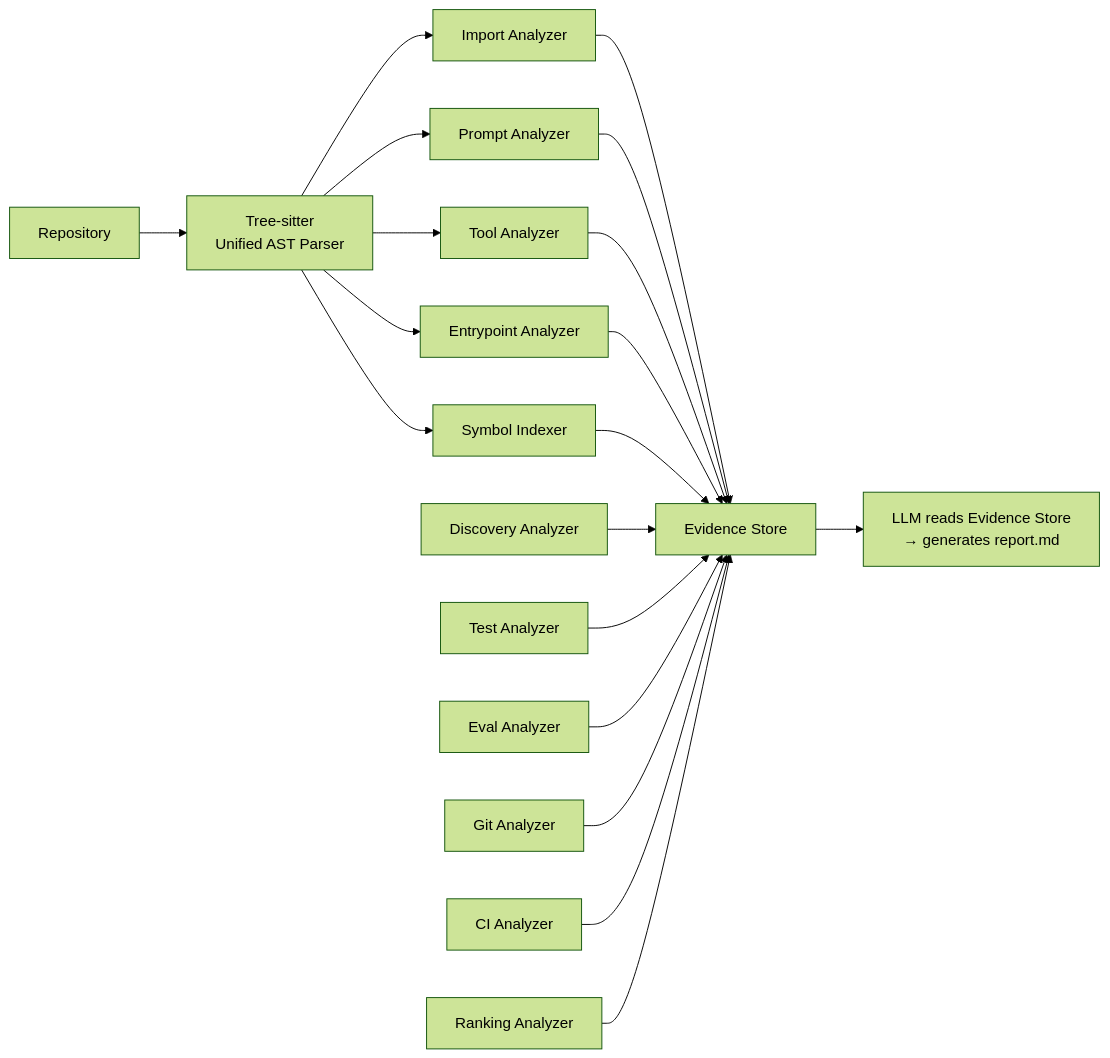
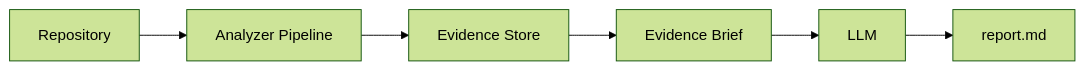
The first of 3 diagrams in .trae/skills/research-repo/SKILL.md (devweekly/devweekly.github.io), drawn with Mermaid (forest theme) before and after one commit. The commit also changed other lines of this file, not shown here.

````diff
--- a/.trae/skills/research-repo/SKILL.md
+++ b/.trae/skills/research-repo/SKILL.md
@@ -611,24 +226,8 @@
 ```mermaid
 flowchart LR
-  Repo[Repository] --> TS["Tree-sitter<br/>Unified AST Parser"]
-  TS --> A1[Import Analyzer]
-  TS --> A2[Prompt Analyzer]
-  TS --> A3[Tool Analyzer]
-  TS --> A4[Entrypoint Analyzer]
-  TS --> A5[Symbol Indexer]
-
-  A1 --> ES[Evidence Store]
-  A2 --> ES
-  A3 --> ES
-  A4 --> ES
-  A5 --> ES
-
-  DA[Discovery Analyzer] --> ES
-  TA[Test Analyzer] --> ES
-  EA[Eval Analyzer] --> ES
-  GA[Git Analyzer] --> ES
-  CA[CI Analyzer] --> ES
-  RA[Ranking Analyzer] --> ES
-
-  ES --> LLM["LLM reads Evidence Store<br/>→ generates report.md"]
+  Repo[Repository] --> AP[Analyzer Pipeline]
+  AP --> ES[Evidence Store]
+  ES --> EB[Evidence Brief]
+  EB --> LLM[LLM]
+  LLM --> Report[report.md]
 ```
````
